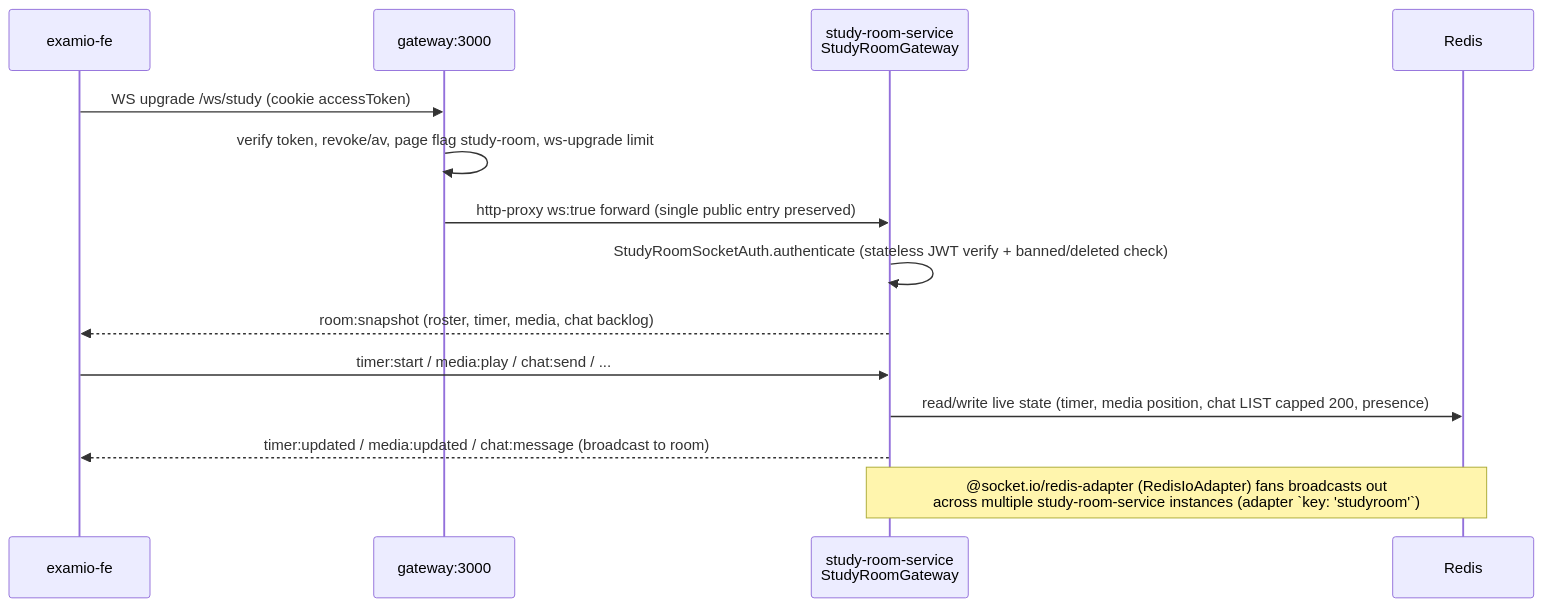
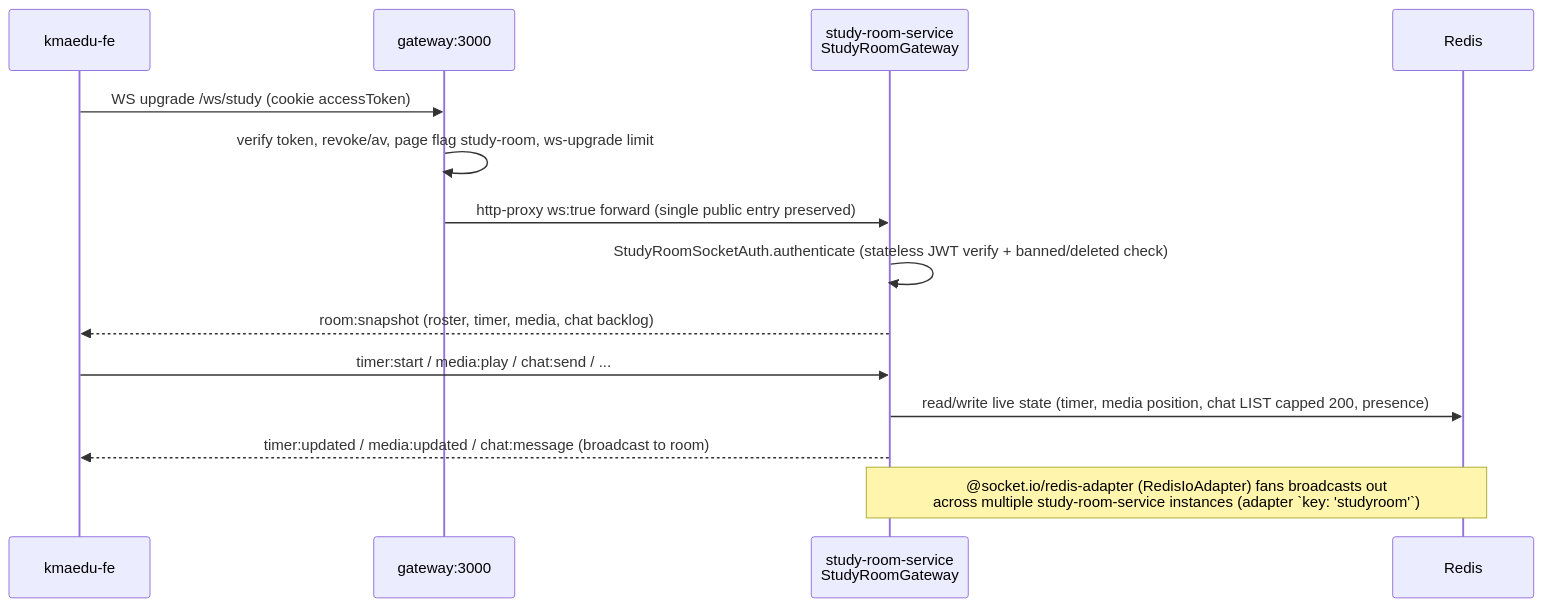
Before and after one commit to tgiap04/examio: the sixth of 9 diagrams in docs/system/architecture.md, drawn with Mermaid. The commit also changed other lines of this file and 3042 other files, not shown here.

First line of the commit message:
chore!: rename examio to kmaedu across the repository

````diff
--- a/docs/system/architecture.md
+++ b/docs/system/architecture.md
@@ -310,16 +310,16 @@
 ```mermaid
 sequenceDiagram
-    participant FE as examio-fe
+    participant FE as kmaedu-fe
     participant GW as gateway:3000
     participant EX as study-room-service<br/>StudyRoomGateway
     participant R as Redis
     FE->>GW: WS upgrade /ws/study (cookie accessToken)
     GW->>GW: verify token, revoke/av, page flag study-room, ws-upgrade limit
     GW->>EX: http-proxy ws:true forward (single public entry preserved)
     EX->>EX: StudyRoomSocketAuth.authenticate (stateless JWT verify + banned/deleted check)
     EX-->>FE: room:snapshot (roster, timer, media, chat backlog)
     FE->>EX: timer:start / media:play / chat:send / ...
     EX->>R: read/write live state (timer, media position, chat LIST capped 200, presence)
     EX-->>FE: timer:updated / media:updated / chat:message (broadcast to room)
     Note over EX,R: @socket.io/redis-adapter (RedisIoAdapter) fans broadcasts out<br/>across multiple study-room-service instances (adapter `key: 'studyroom'`)
 ```
````
